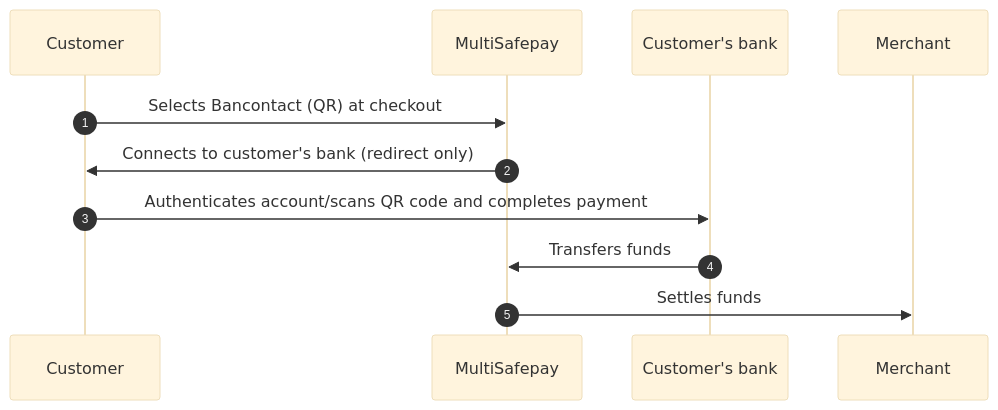
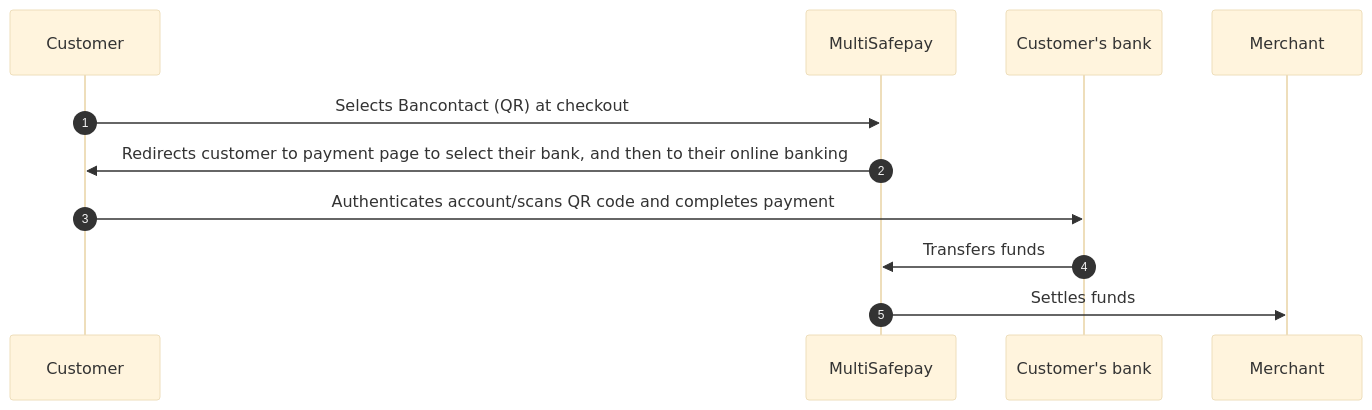
Before and after one commit to MultiSafepay/docs: the diagram in content/payments/methods/banks/bancontact/payment-flow.md, drawn with Mermaid (base theme). The commit also changed other lines of this file and 20 other files, not shown here.

```diff
--- a/content/payments/methods/banks/bancontact/payment-flow.md
+++ b/content/payments/methods/banks/bancontact/payment-flow.md
@@ -18,16 +18,16 @@
 {{< mermaid class="text-center" >}}
 
 sequenceDiagram
     autonumber
     participant C as Customer
     participant Mu as MultiSafepay
     participant CB as Customer's bank
     participant Me as Merchant
 
     C->>Mu: Selects Bancontact (QR) at checkout
-    Mu->>C: Connects to customer's bank (redirect only)
+    Mu->>C: Redirects customer to payment page to select their bank, and then to their online banking
     C->>CB: Authenticates account/scans QR code and completes payment
     CB->>Mu: Transfers funds 
     Mu->>Me: Settles funds 
 
 {{< /mermaid >}}
```
